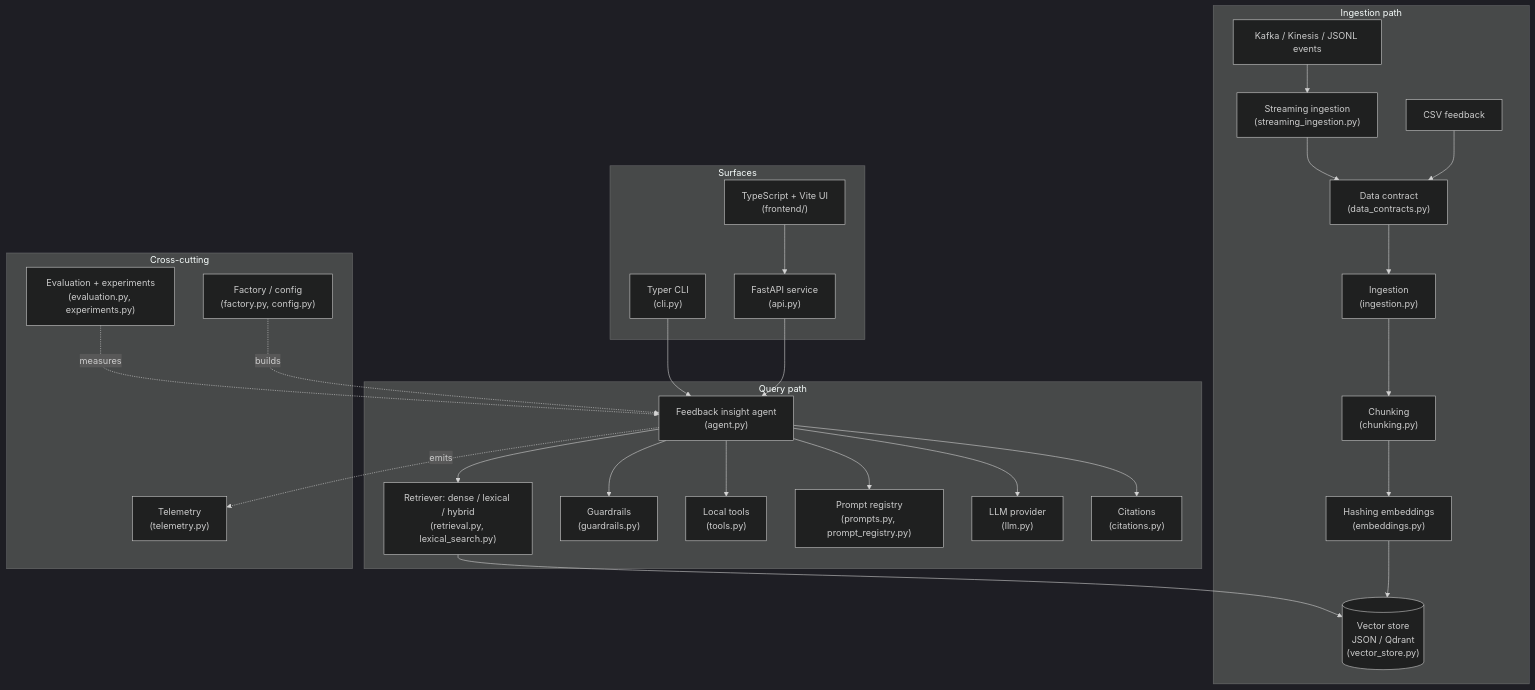
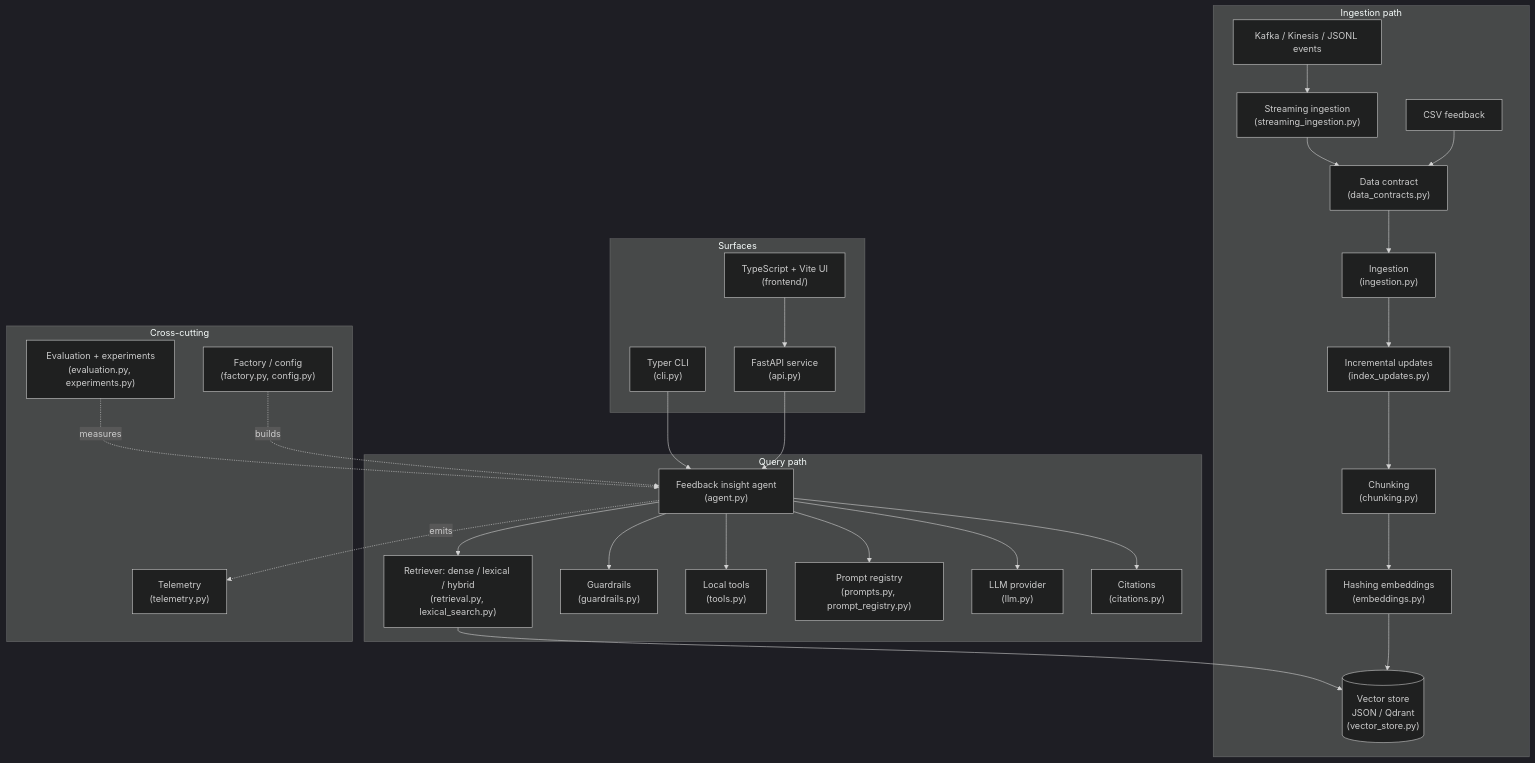
Before and after one commit to DiogoRibeiro7/feedback-intelligence-agent: the first of 3 diagrams in docs/case_study.md, drawn with Mermaid (dark theme). The commit also changed other lines of this file and 10 other files, not shown here.

Commit message:
feat: add incremental index updates

````diff
--- a/docs/case_study.md
+++ b/docs/case_study.md
@@ -64,48 +64,49 @@
 ```mermaid
 flowchart TB
   subgraph Ingest["Ingestion path"]
     CSV["CSV feedback"] --> DC["Data contract<br/>(data_contracts.py)"]
     STREAM["Kafka / Kinesis / JSONL events"] --> SI["Streaming ingestion<br/>(streaming_ingestion.py)"]
     SI --> DC
     DC --> ING["Ingestion<br/>(ingestion.py)"]
-    ING --> CH["Chunking<br/>(chunking.py)"]
+    ING --> UPD["Incremental updates<br/>(index_updates.py)"]
+    UPD --> CH["Chunking<br/>(chunking.py)"]
     CH --> EMB["Hashing embeddings<br/>(embeddings.py)"]
     EMB --> VS[("Vector store<br/>JSON / Qdrant<br/>(vector_store.py)")]
   end
 
   subgraph Query["Query path"]
     AG["Feedback insight agent<br/>(agent.py)"]
     RET["Retriever: dense / lexical / hybrid<br/>(retrieval.py, lexical_search.py)"]
     GR["Guardrails<br/>(guardrails.py)"]
     TL["Local tools<br/>(tools.py)"]
     PR["Prompt registry<br/>(prompts.py, prompt_registry.py)"]
     LLM["LLM provider<br/>(llm.py)"]
     CIT["Citations<br/>(citations.py)"]
     AG --> GR
     AG --> RET
     RET --> VS
     AG --> TL
     AG --> PR
     AG --> LLM
     AG --> CIT
   end
 
   subgraph Surfaces["Surfaces"]
     API["FastAPI service<br/>(api.py)"]
     CLI["Typer CLI<br/>(cli.py)"]
     FE["TypeScript + Vite UI<br/>(frontend/)"]
   end
 
   subgraph Cross["Cross-cutting"]
     FAC["Factory / config<br/>(factory.py, config.py)"]
     TEL["Telemetry<br/>(telemetry.py)"]
     EVAL["Evaluation + experiments<br/>(evaluation.py, experiments.py)"]
   end
 
   API --> AG
   CLI --> AG
   FE --> API
   FAC -.builds.-> AG
   AG -.emits.-> TEL
   EVAL -.measures.-> AG
 ```
````
